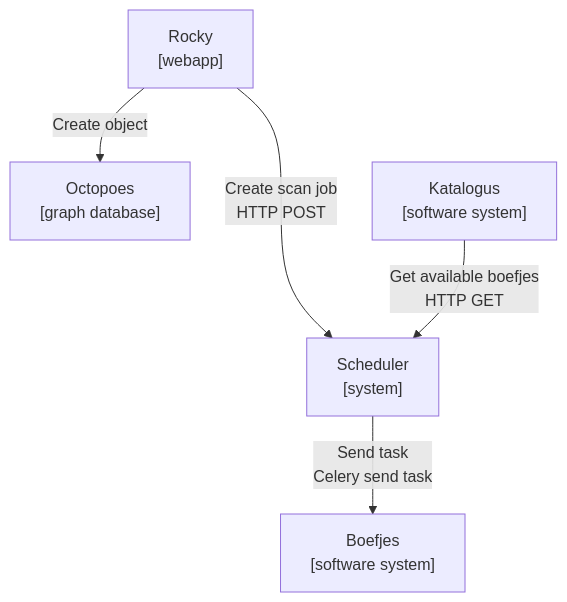
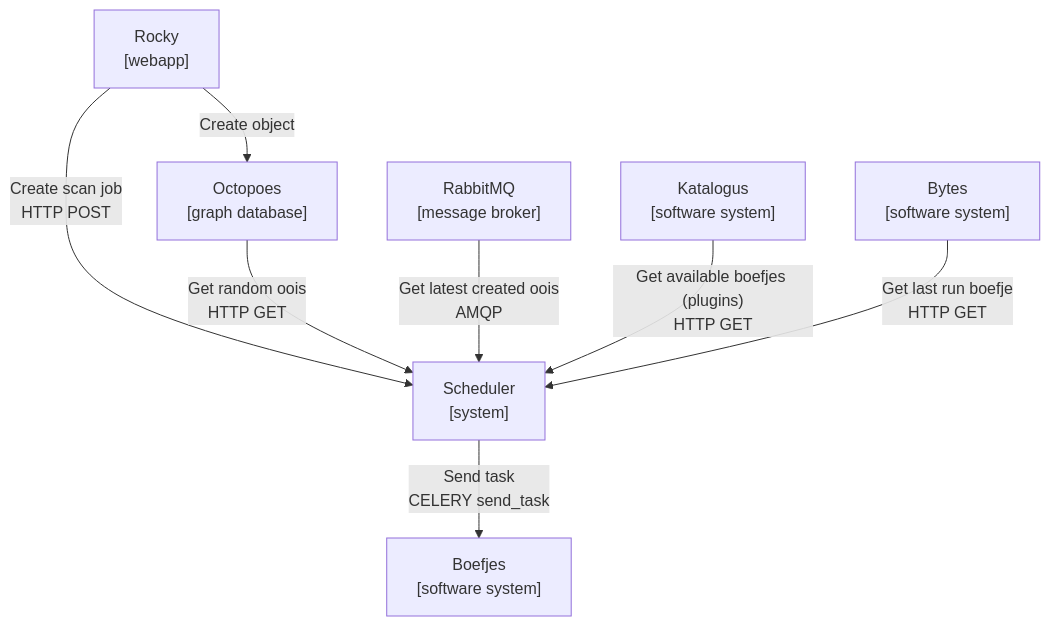
The first of 3 diagrams in docs/design.md (minvws/nl-kat-mula), drawn with Mermaid before and after one commit. The commit also changed other lines of this file and 1 other file, not shown here.

````diff
--- a/docs/design.md
+++ b/docs/design.md
@@ -133,16 +38,23 @@
 ```mermaid
 graph TB
     
     Rocky["Rocky<br/>[webapp]"]
     Octopoes["Octopoes<br/>[graph database]"]
     Katalogus["Katalogus<br/>[software system]"]
+    Bytes["Bytes<br/>[software system]"]
     Boefjes["Boefjes<br/>[software system]"]
     Scheduler["Scheduler<br/>[system]"]
+    RabbitMQ["RabbitMQ<br/>[message broker]"]
 
     Rocky--"Create object"-->Octopoes
     Rocky--"Create scan job<br/>HTTP POST"--->Scheduler
-    
-    Katalogus--"Get available boefjes<br/>HTTP GET"-->Scheduler
 
-    Scheduler--"Send task<br/>Celery send task"-->Boefjes
+    Octopoes--"Get random oois<br/>HTTP GET"-->Scheduler
+
+    RabbitMQ--"Get latest created oois<br/>AMQP"-->Scheduler
+
+    Katalogus--"Get available boefjes (plugins)<br/>HTTP GET"-->Scheduler
+    Bytes--"Get last run boefje<br/>HTTP GET"-->Scheduler
+
+    Scheduler--"Send task<br/>CELERY send_task"-->Boefjes
 ```
````
